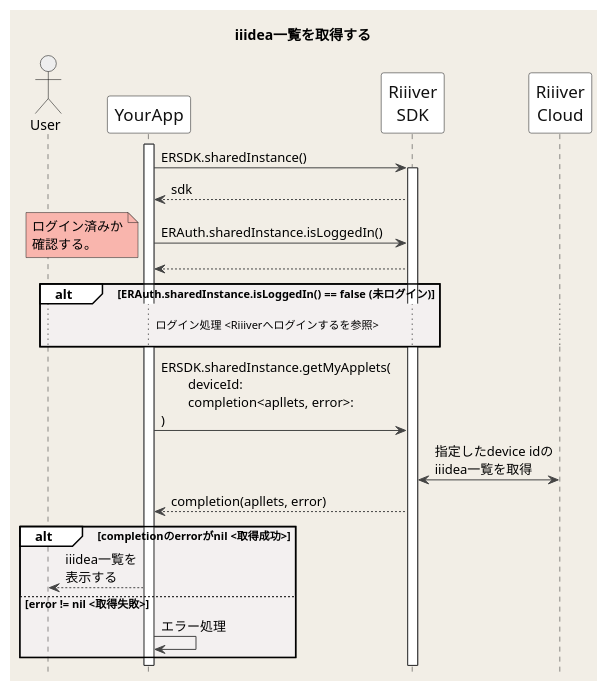
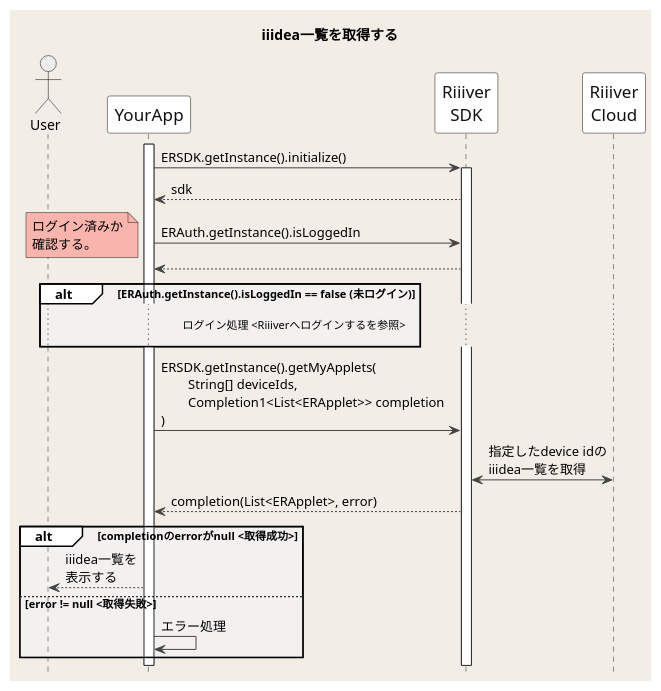
One commit to CitizenWatch/RiiiverResources changed the diagram in images/Android/ja/Sequences/getIiideaList.pu. Above: the diagram before and after it, drawn with PlantUML. The commit also changed 3 other files, not shown here.

Commit message:
Android版SDKのシーケンス図を修正

```diff
--- a/images/Android/ja/Sequences/getIiideaList.pu
+++ b/images/Android/ja/Sequences/getIiideaList.pu
@@ -1,59 +1,59 @@
 @startuml
 title iiidea一覧を取得する
 hide footbox
 
 skinparam DefaultFontName "Noto Sans JP, Helvetica, Arial, Liberation Sans"
 skinparam BackgroundColor #F2EEE6
 skinparam Shadowing false
 skinparam NoteBackgroundColor #F9B5AD
 skinparam NodeBorderColor #F26767
 
 skinparam sequence {
 ArrowColor #444444
 ActorBorderColor Black
 LifeLineBorderColor #222222
 LifeLineBackgroundColor White
 BoxBorderColor #FFFFFF
 BoxBackgroundColor #F2fEf6
 GroupBackgroundColor #FFFFFF
 GroupBodyBackgroundColor #F3F0F0
 
 ParticipantBorderColor #111111
 ParticipantBackgroundColor White
 ParticipantFontSize 17
 ParticipantFontColor #111111
 BoundaryBorderColor Gray
 ActorBackgroundColor #eeeeee
 ActorFontColor Black
 
 }
 
 actor User
 participant YourApp as App
 participant "Riiiver\nSDK" as ERSDK
 participant "Riiiver\nCloud" as Riiiver
 
 activate App
 
-App -> ERSDK: ERSDK.sharedInstance()
+App -> ERSDK: ERSDK.getInstance().initialize()
 activate ERSDK
 App <-- ERSDK: sdk
 
-App -> ERSDK: ERAuth.sharedInstance.isLoggedIn()
+App -> ERSDK: ERAuth.getInstance().isLoggedIn
 note left: ログイン済みか\n確認する。
 ERSDK --> App:
 
-alt ERAuth.sharedInstance.isLoggedIn() == false (未ログイン)
+alt ERAuth.getInstance().isLoggedIn == false (未ログイン)
     ... ログイン処理 <Riiiverへログインするを参照>                           ...
 end
 
-App -> ERSDK: ERSDK.sharedInstance.getMyApplets(\n\tdeviceId:\n\tcompletion<apllets, error>:\n)
+App -> ERSDK: ERSDK.getInstance().getMyApplets(\n\tString[] deviceIds,\n\tCompletion1<List<ERApplet>> completion\n)
 ERSDK <-> Riiiver: 指定したdevice idの\niiidea一覧を取得
-App <-- ERSDK: completion(apllets, error)
-alt completionのerrorがnil <取得成功>
+App <-- ERSDK: completion(List<ERApplet>, error)
+alt completionのerrorがnull <取得成功>
     User <-- App: iiidea一覧を\n表示する
-else error != nil <取得失敗>
+else error != null <取得失敗>
     App -> App: エラー処理
 end
 
 @enduml
```
